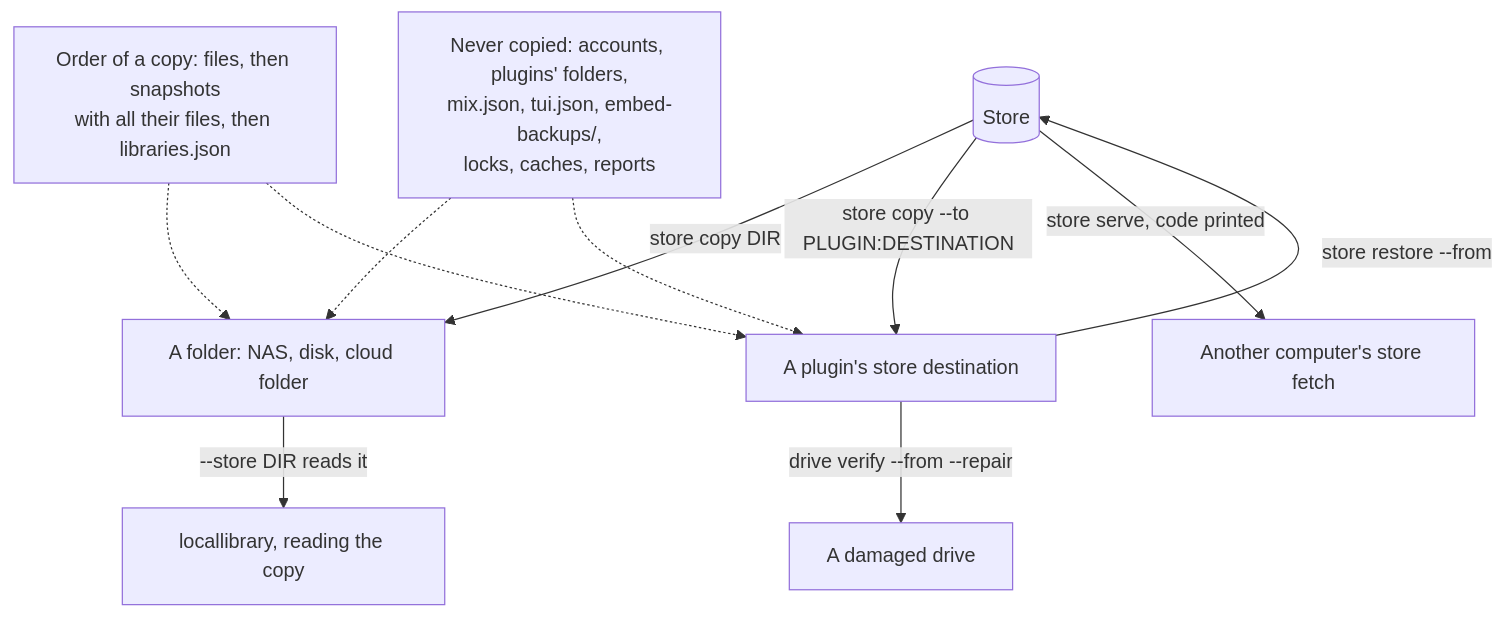
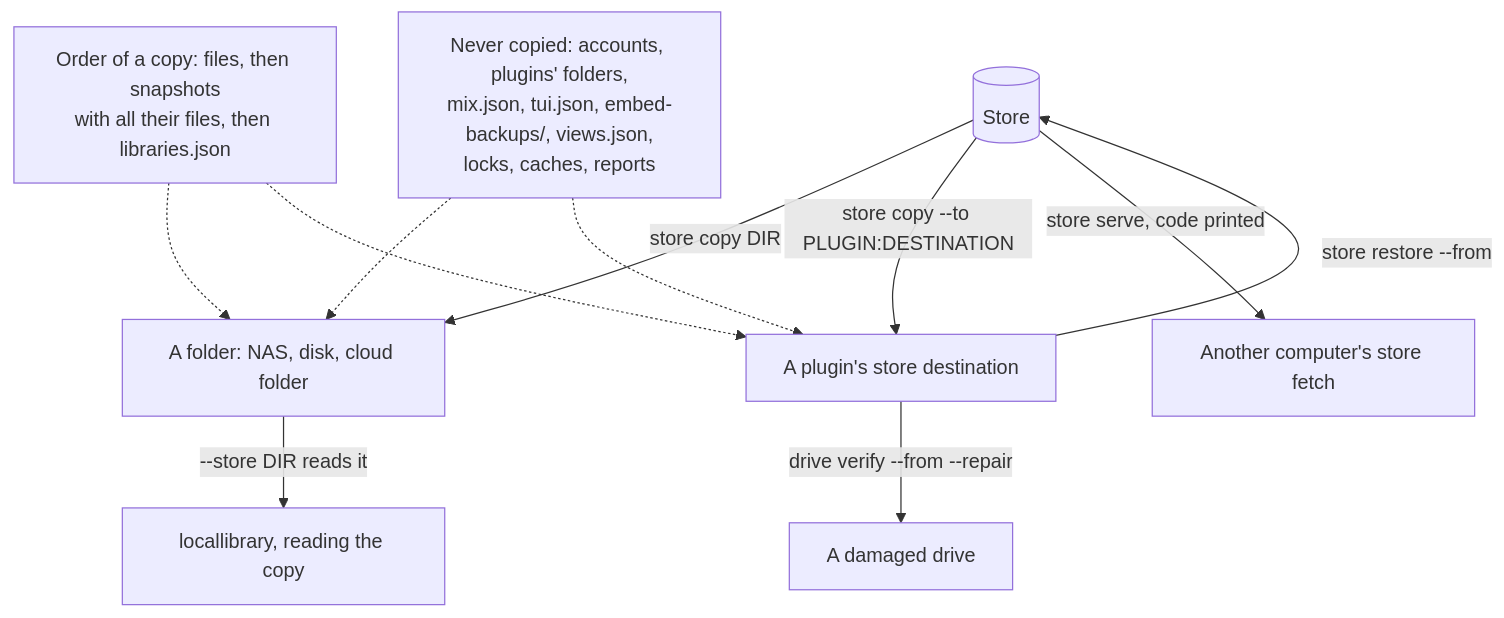
One commit to cutenode/localnetwork changed the seventh of 18 diagrams in apps/locallibrary/docs/diagrams/store-and-drives.md. Above: the diagram before and after it, drawn with Mermaid. The commit also changed other lines of this file and 6 other files, not shown here.

First line of the commit message:
docs(locallibrary): bring the diagrams up to date with the code

````diff
--- a/apps/locallibrary/docs/diagrams/store-and-drives.md
+++ b/apps/locallibrary/docs/diagrams/store-and-drives.md
@@ -164,13 +176,13 @@
 ```mermaid
 flowchart TD
     store[("Store")] -->|"store copy DIR"| folder["A folder: NAS, disk, cloud folder"]
     store -->|"store copy --to PLUGIN:DESTINATION"| dest["A plugin's store destination"]
     store -->|"store serve, code printed"| peer["Another computer's store fetch"]
     folder -->|"--store DIR reads it"| reader["locallibrary, reading the copy"]
     dest -->|"store restore --from"| store
     dest -->|"drive verify --from --repair"| drive["A damaged drive"]
     order["Order of a copy: files, then snapshots<br/>with all their files, then libraries.json"] -.-> folder
     order -.-> dest
-    leftout["Never copied: accounts, plugins' folders,<br/>mix.json, tui.json, embed-backups/,<br/>locks, caches, reports"] -.-> folder
+    leftout["Never copied: accounts, plugins' folders,<br/>mix.json, tui.json, embed-backups/, views.json,<br/>locks, caches, reports"] -.-> folder
     leftout -.-> dest
 ```
````
